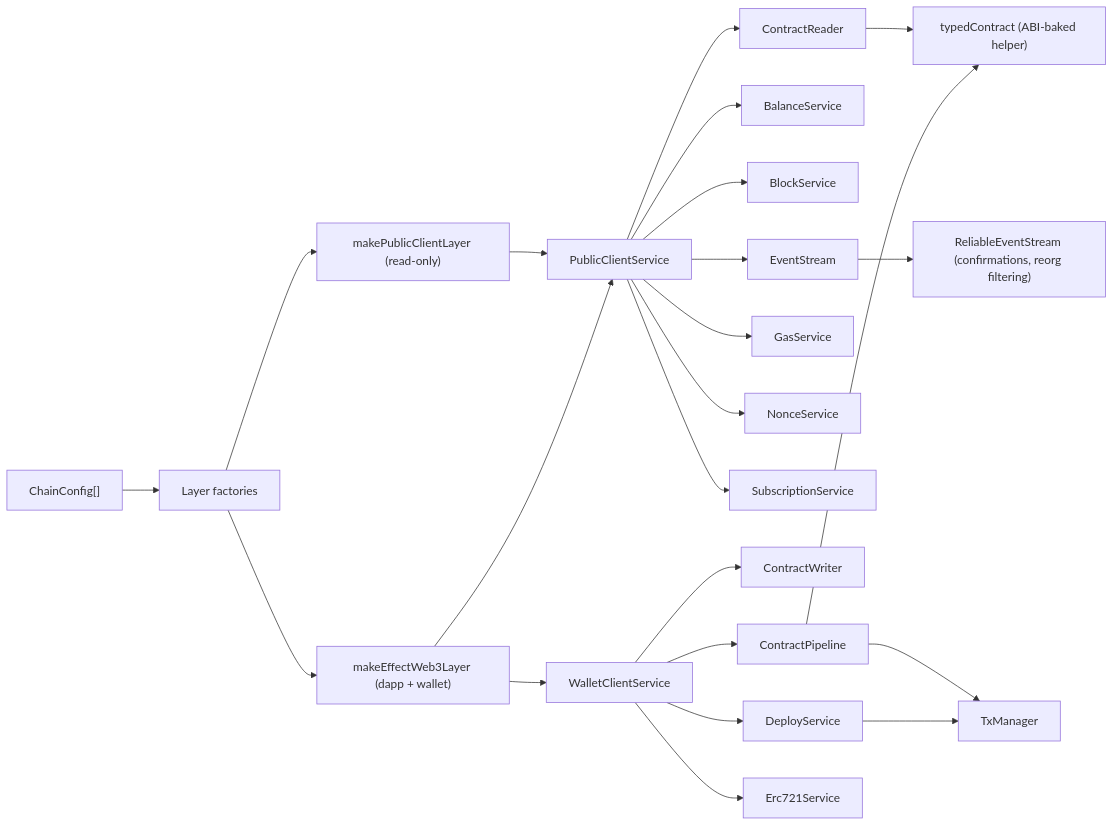
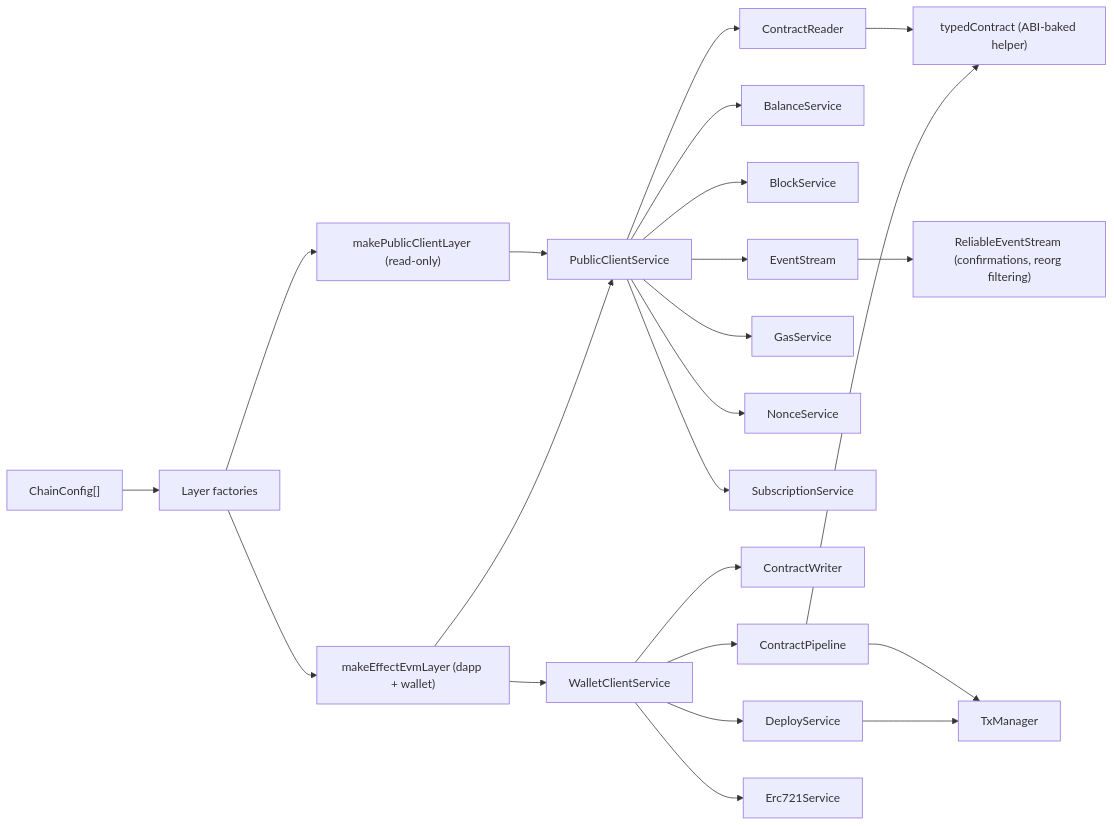
One commit to PaulRBerg/prb-effect changed the diagram in evm/DOCS.md. Above: the diagram before and after it, drawn with Mermaid. The commit also changed other lines of this file and 45 other files, not shown here.

Commit message:
refactor: remove web3 to evm

````diff
--- a/evm/DOCS.md
+++ b/evm/DOCS.md
@@ -17,29 +17,29 @@
 ```mermaid
 flowchart LR
   Config["ChainConfig[]"] --> Layers["Layer factories"]
   Layers --> Public["makePublicClientLayer (read-only)"]
-  Layers --> Dapp["makeEffectWeb3Layer (dapp + wallet)"]
+  Layers --> Dapp["makeEffectEvmLayer (dapp + wallet)"]
 
   Public --> PC["PublicClientService"]
   Dapp --> PC
   Dapp --> WC["WalletClientService"]
 
   PC --> Reader["ContractReader"]
   PC --> Balance["BalanceService"]
   PC --> Block["BlockService"]
   PC --> Events["EventStream"]
   PC --> Gas["GasService"]
   PC --> Nonce["NonceService"]
   PC --> Subs["SubscriptionService"]
   Events --> Reliable["ReliableEventStream (confirmations, reorg filtering)"]
 
   WC --> Writer["ContractWriter"]
   WC --> Deploy["DeployService"]
   WC --> Pipeline["ContractPipeline"]
   WC --> ERC721["Erc721Service"]
   Pipeline --> Tx["TxManager"]
   Deploy --> Tx
 
   Reader --> Typed["typedContract (ABI-baked helper)"]
   Pipeline --> Typed
 ```
````
